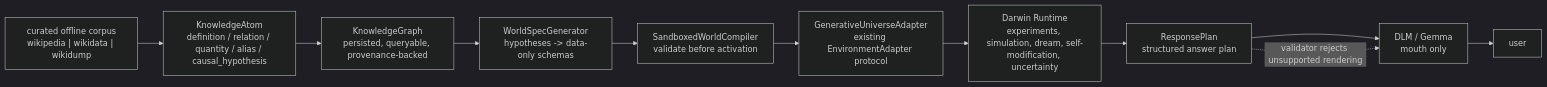
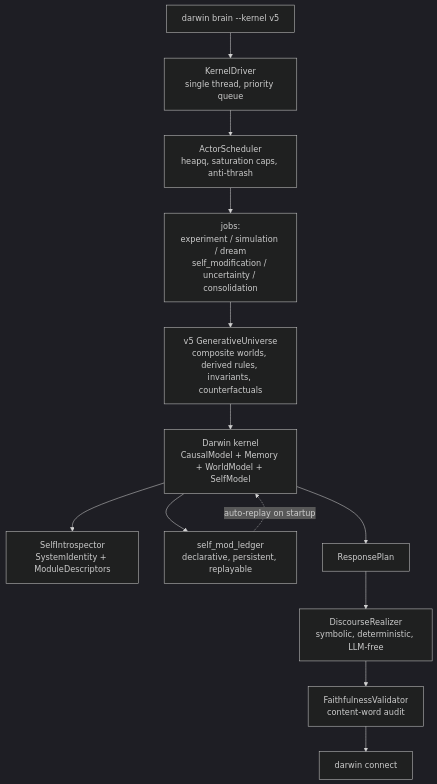
One commit to gh0st359/darwin changed the diagram in docs/diagrams/readme-01.mmd. Above: the diagram before and after it, drawn with Mermaid (dark theme). The commit also changed 11 other files, not shown here.

First line of the commit message:
Document v5 in README with flowcharts

```diff
--- a/docs/diagrams/readme-01.mmd
+++ b/docs/diagrams/readme-01.mmd
@@ -1,14 +1,20 @@
-flowchart LR
-    Corpus["curated offline corpus<br/>wikipedia | wikidata | wikidump"]
-    Atoms["KnowledgeAtom<br/>definition / relation / quantity / alias / causal_hypothesis"]
-    Graph["KnowledgeGraph<br/>persisted, queryable, provenance-backed"]
-    Generator["WorldSpecGenerator<br/>hypotheses -> data-only schemas"]
-    Compiler["SandboxedWorldCompiler<br/>validate before activation"]
-    Adapter["GenerativeUniverseAdapter<br/>existing EnvironmentAdapter protocol"]
-    Runtime["Darwin Runtime<br/>experiments, simulation, dream, self-modification, uncertainty"]
-    Plan["ResponsePlan<br/>structured answer plan"]
-    DLM["DLM / Gemma<br/>mouth only"]
-    User["user"]
+flowchart TB
+    Brain["darwin brain --kernel v5"]
+    Driver["KernelDriver<br/>single thread, priority queue"]
+    Scheduler["ActorScheduler<br/>heapq, saturation caps, anti-thrash"]
+    Jobs["jobs:<br/>experiment / simulation / dream<br/>self_modification / uncertainty / consolidation"]
+    Worlds["v5 GenerativeUniverse<br/>composite worlds, derived rules, invariants, counterfactuals"]
+    Kernel["Darwin kernel<br/>CausalModel + Memory + WorldModel + SelfModel"]
+    Introspector["SelfIntrospector<br/>SystemIdentity + ModuleDescriptors"]
+    Ledger["self_mod_ledger<br/>declarative, persistent, replayable"]
+    Plan["ResponsePlan"]
+    Realizer["DiscourseRealizer<br/>symbolic, deterministic, LLM-free"]
+    Validator["FaithfulnessValidator<br/>content-word audit"]
+    Connect["darwin connect"]
 
-    Corpus --> Atoms --> Graph --> Generator --> Compiler --> Adapter --> Runtime --> Plan --> DLM --> User
-    Plan -. "validator rejects unsupported rendering" .-> DLM
+    Brain --> Driver --> Scheduler --> Jobs
+    Jobs --> Worlds --> Kernel
+    Kernel --> Introspector
+    Kernel --> Ledger
+    Kernel --> Plan --> Realizer --> Validator --> Connect
+    Ledger -. "auto-replay on startup" .-> Kernel
```
